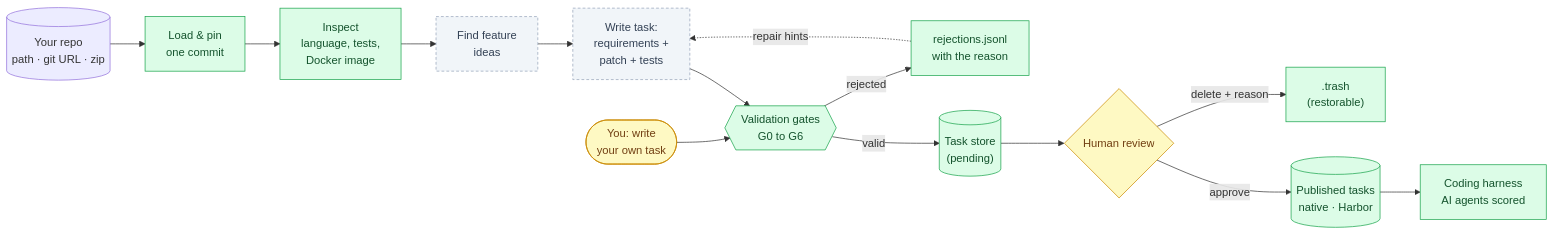
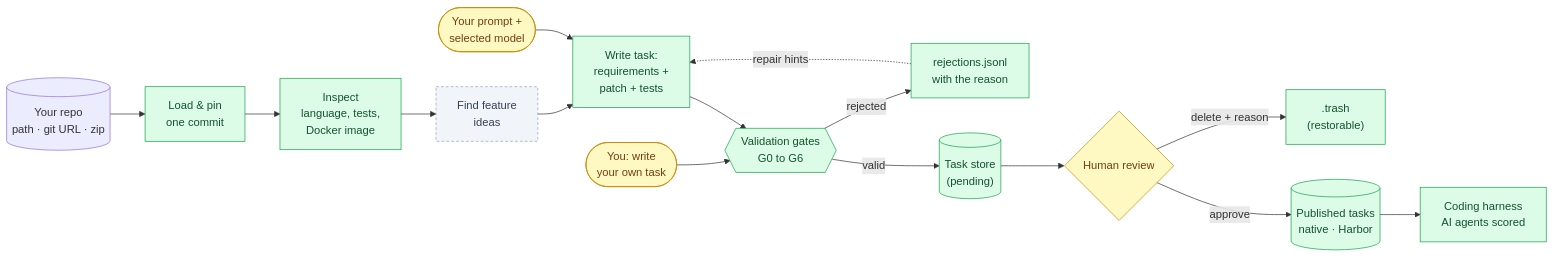
The first of 6 diagrams in README.md (sreenivasivbieb/task-factory), drawn with Mermaid before and after one commit. The commit also changed other lines of this file and 2 other files, not shown here.

````diff
--- a/README.md
+++ b/README.md
@@ -27,23 +27,24 @@
 ```mermaid
 flowchart LR
     R[("Your repo<br/>path · git URL · zip")] --> L[Load & pin<br/>one commit]
     L --> I[Inspect<br/>language, tests,<br/>Docker image]
     I --> F[Find feature<br/>ideas]
     F --> G[Write task:<br/>requirements +<br/>patch + tests]
     YOU(["You: write<br/>your own task"]) --> V
+    PROMPT(["Your prompt +<br/>selected model"]) --> G
     G --> V{{"Validation gates<br/>G0 to G6"}}
     V -- rejected --> X[rejections.jsonl<br/>with the reason]
     X -.->|repair hints| G
     V -- valid --> S[("Task store<br/>(pending)")]
     S --> H{"Human review"}
     H -- delete + reason --> T[".trash<br/>(restorable)"]
     H -- approve --> P[("Published tasks<br/>native · Harbor")]
     P --> B["Coding harness<br/>AI agents scored"]
 
     classDef done fill:#dcfce7,stroke:#16a34a,color:#14532d;
     classDef next fill:#f1f5f9,stroke:#94a3b8,color:#334155,stroke-dasharray: 4 3;
     classDef human fill:#fef9c3,stroke:#ca8a04,color:#713f12;
-    class L,I,V,X,S,T,P,B done;
-    class F,G next;
-    class YOU,H human;
+    class L,I,G,V,X,S,T,P,B done;
+    class F next;
+    class YOU,PROMPT,H human;
 ```
````
